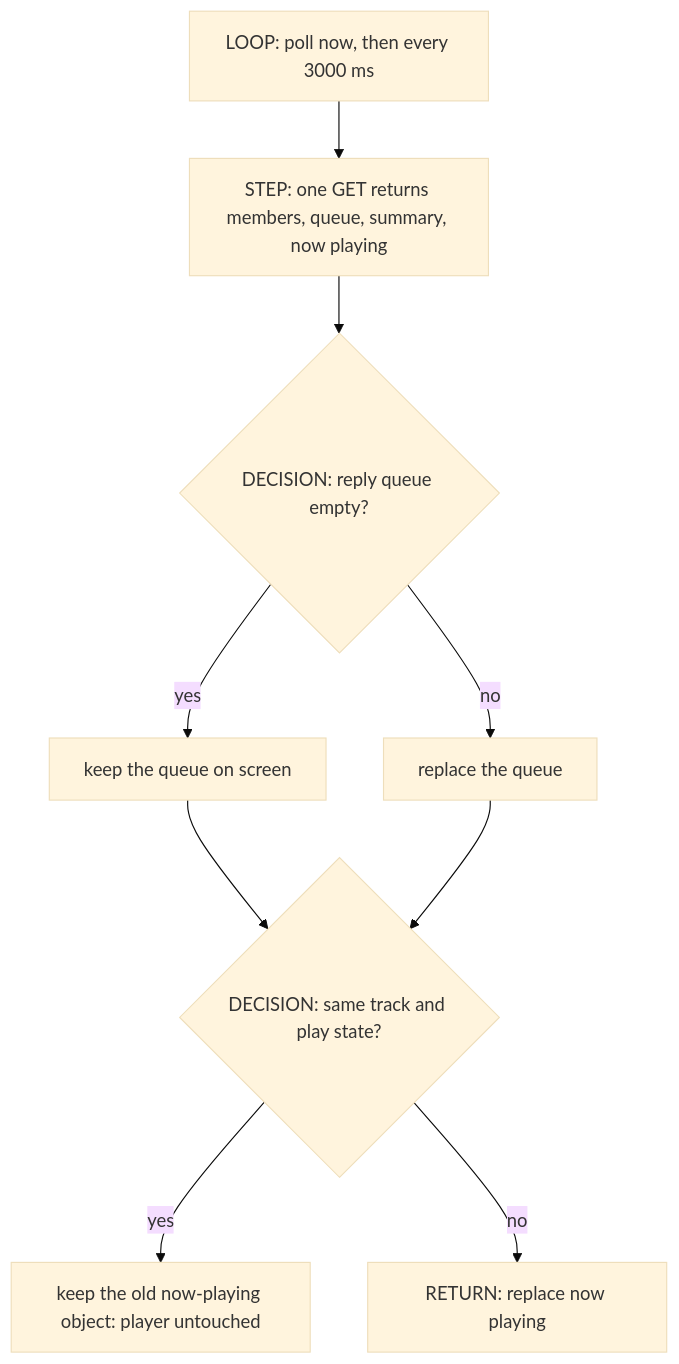
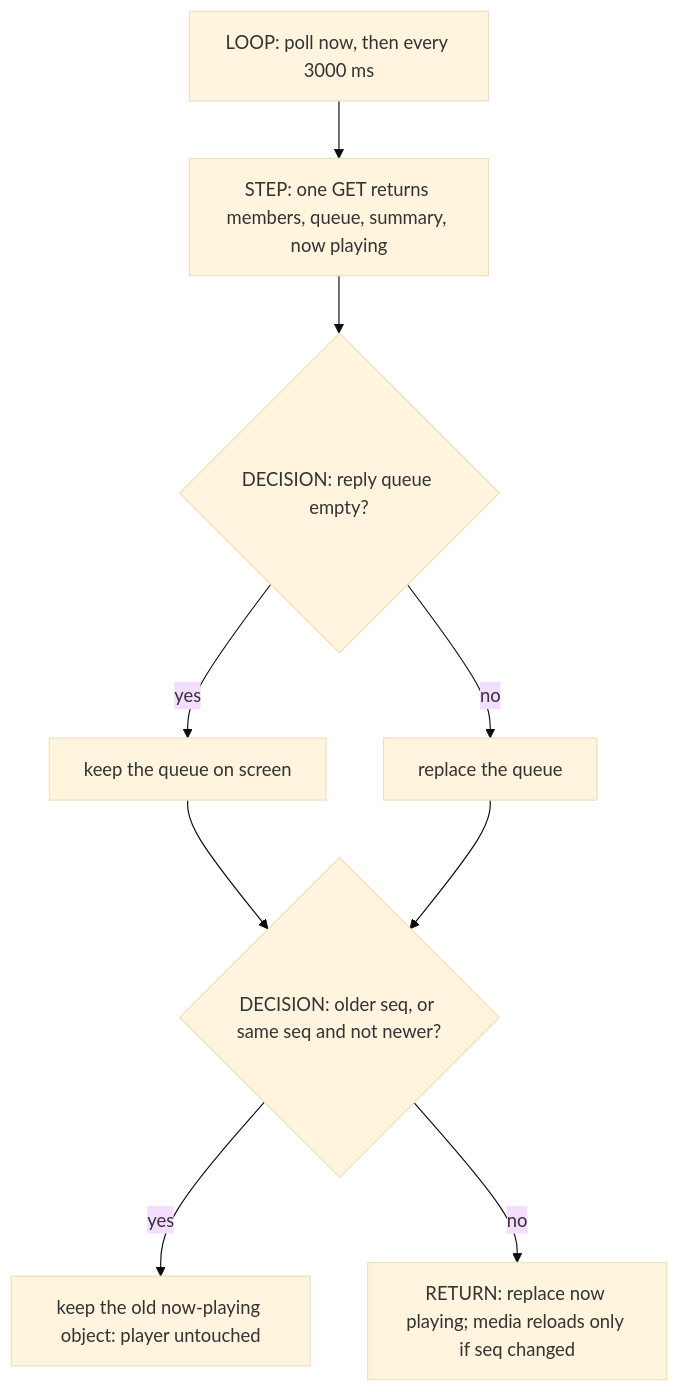
The diagram in docs/cards/polling-sync.md (SushantTusharJoshi/ai-playlist-mixer), drawn with Mermaid (base theme) before and after one commit. The commit also changed other lines of this file and 3 other files, not shown here.

````diff
--- a/docs/cards/polling-sync.md
+++ b/docs/cards/polling-sync.md
@@ -15,11 +15,11 @@
 ```mermaid
 flowchart TD
     A["LOOP: poll now, then every 3000 ms"] --> B["STEP: one GET returns members, queue, summary, now playing"]
     B --> C{"DECISION: reply queue empty?"}
     C -- yes --> K["keep the queue on screen"]
     C -- no --> Q["replace the queue"]
-    K --> D{"DECISION: same track and play state?"}
+    K --> D{"DECISION: older seq, or same seq and not newer?"}
     Q --> D
     D -- yes --> E["keep the old now-playing object: player untouched"]
-    D -- no --> F["RETURN: replace now playing"]
+    D -- no --> F["RETURN: replace now playing; media reloads only if seq changed"]
 ```
````
